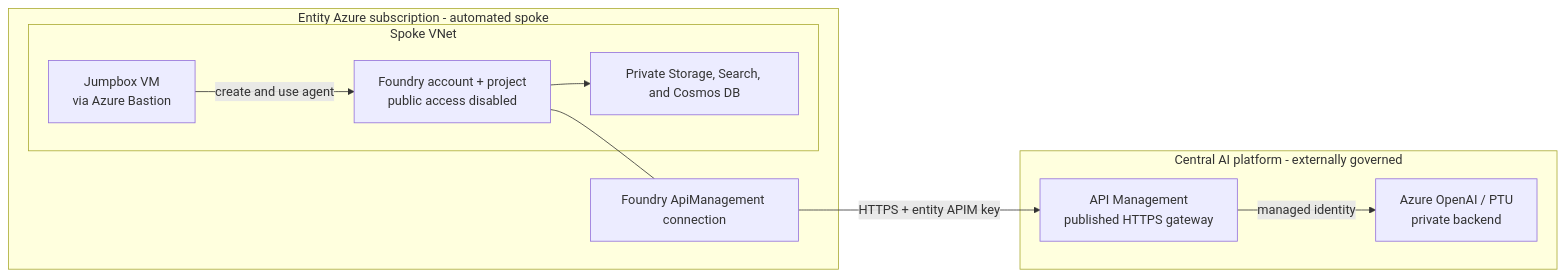
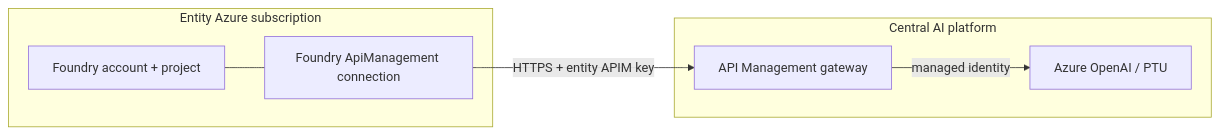
The diagram in README.md (nstijepovic/foundry-apim-terraform), drawn with Mermaid before and after one commit. The commit also changed other lines of this file and 8 other files, not shown here.

````diff
--- a/README.md
+++ b/README.md
@@ -30,22 +28,14 @@
 ```mermaid
 flowchart LR
-  subgraph Entity["Entity Azure subscription - automated spoke"]
-    subgraph VNet["Spoke VNet"]
-      JB["Jumpbox VM\nvia Azure Bastion"]
-      Foundry["Foundry account + project\npublic access disabled"]
-      Data["Private Storage, Search, and Cosmos DB"]
-    end
+  subgraph Entity["Entity Azure subscription"]
+    Foundry["Foundry account + project"]
     Conn["Foundry ApiManagement connection"]
-    JB -->|create and use agent| Foundry
     Foundry --- Conn
-    Foundry --> Data
   end
-
-  subgraph Platform["Central AI platform - externally governed"]
-    APIM["API Management\npublished HTTPS gateway"]
-    AOAI["Azure OpenAI / PTU\nprivate backend"]
+  subgraph Platform["Central AI platform"]
+    APIM["API Management gateway"]
+    AOAI["Azure OpenAI / PTU"]
     APIM -->|managed identity| AOAI
   end
-
   Conn -->|HTTPS + entity APIM key| APIM
 ```
````
